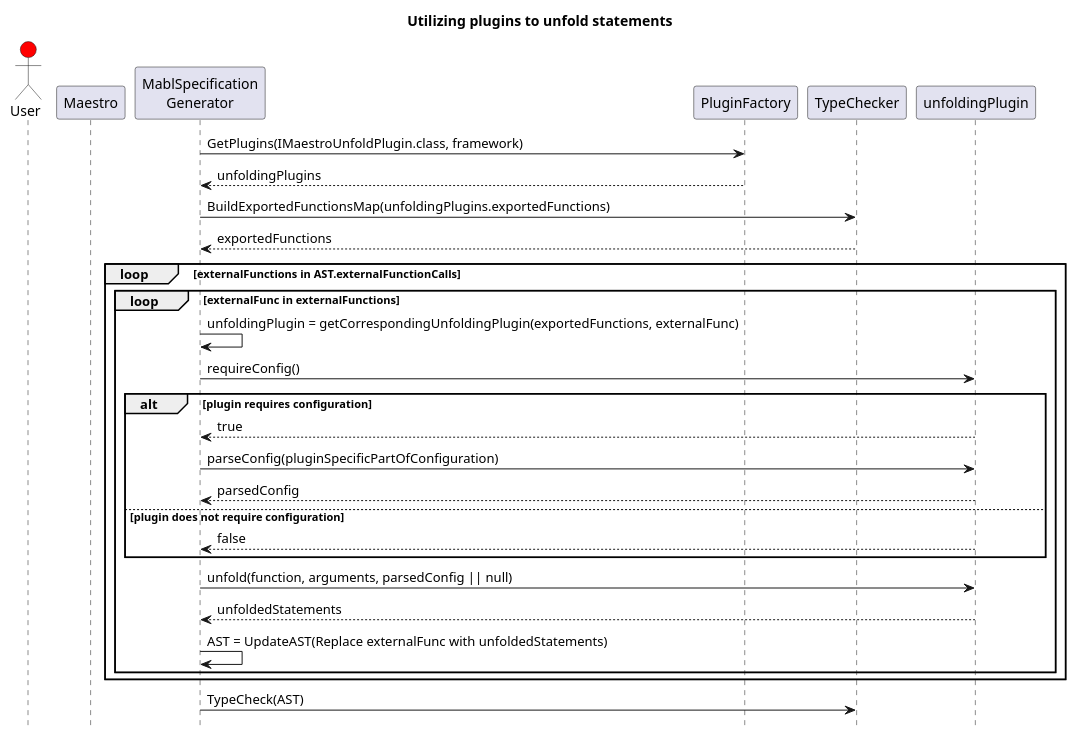
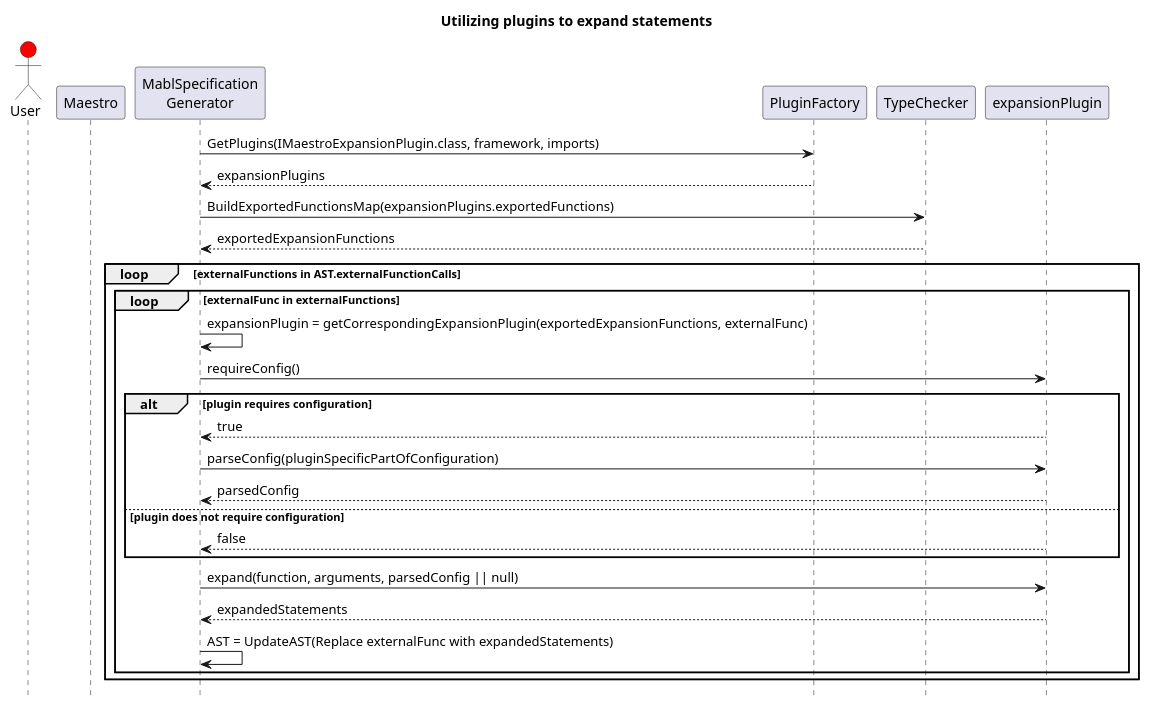
The second of 3 diagrams in docs/developer-overview.rst (INTO-CPS-Association/maestro), drawn with PlantUML before and after one commit. The commit also changed other lines of this file, not shown here.

```diff
--- a/docs/developer-overview.rst
+++ b/docs/developer-overview.rst
@@ -95,30 +101,29 @@
 .. uml::
 
-    title Utilizing plugins to unfold statements
+    title Utilizing plugins to expand statements
     hide footbox
 
     actor User #red
     participant Maestro
     participant "MablSpecification\nGenerator" as MablSpecGen
 
-    MablSpecGen -> PluginFactory: GetPlugins(IMaestroUnfoldPlugin.class, framework)
-    MablSpecGen <-- PluginFactory: unfoldingPlugins
-    MablSpecGen -> TypeChecker: BuildExportedFunctionsMap(unfoldingPlugins.exportedFunctions)
-    MablSpecGen <-- TypeChecker: exportedFunctions
+    MablSpecGen -> PluginFactory: GetPlugins(IMaestroExpansionPlugin.class, framework, imports)
+    MablSpecGen <-- PluginFactory: expansionPlugins
+    MablSpecGen -> TypeChecker: BuildExportedFunctionsMap(expansionPlugins.exportedFunctions)
+    MablSpecGen <-- TypeChecker: exportedExpansionFunctions
         loop externalFunctions in AST.externalFunctionCalls
             loop externalFunc in externalFunctions
-                MablSpecGen -> MablSpecGen: unfoldingPlugin = getCorrespondingUnfoldingPlugin(exportedFunctions, externalFunc)
-                MablSpecGen -> unfoldingPlugin: requireConfig()
+                MablSpecGen -> MablSpecGen: expansionPlugin = getCorrespondingExpansionPlugin(exportedExpansionFunctions, externalFunc)
+                MablSpecGen -> expansionPlugin: requireConfig()
                 alt plugin requires configuration
-                    MablSpecGen <-- unfoldingPlugin: true
-                    MablSpecGen -> unfoldingPlugin: parseConfig(pluginSpecificPartOfConfiguration)
-                    MablSpecGen <-- unfoldingPlugin: parsedConfig
+                    MablSpecGen <-- expansionPlugin: true
+                    MablSpecGen -> expansionPlugin: parseConfig(pluginSpecificPartOfConfiguration)
+                    MablSpecGen <-- expansionPlugin: parsedConfig
                 else plugin does not require configuration
-                    MablSpecGen <-- unfoldingPlugin: false
+                    MablSpecGen <-- expansionPlugin: false
                 end
-                MablSpecGen -> unfoldingPlugin: unfold(function, arguments, parsedConfig || null)
-                MablSpecGen <-- unfoldingPlugin: unfoldedStatements
-                MablSpecGen -> MablSpecGen: AST = UpdateAST(Replace externalFunc with unfoldedStatements)
+                MablSpecGen -> expansionPlugin: expand(function, arguments, parsedConfig || null)
+                MablSpecGen <-- expansionPlugin: expandedStatements
+                MablSpecGen -> MablSpecGen: AST = UpdateAST(Replace externalFunc with expandedStatements)
             end
         end
-    MablSpecGen -> TypeChecker: TypeCheck(AST)
```
